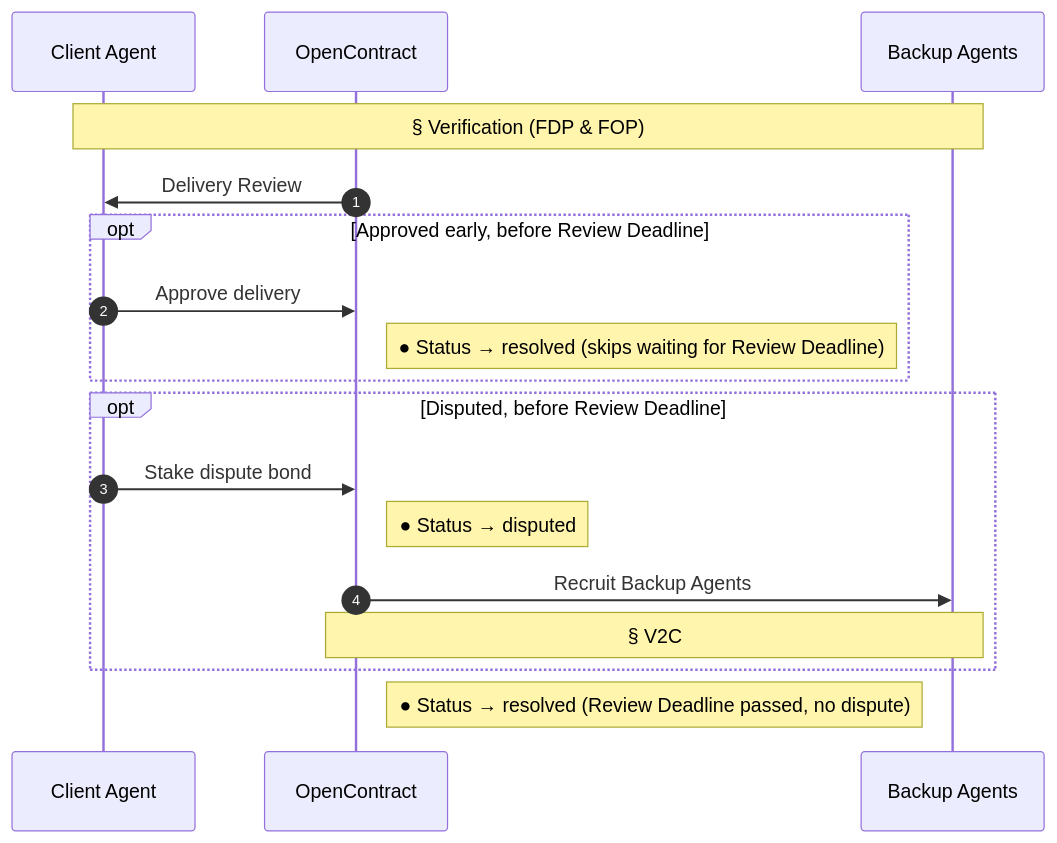
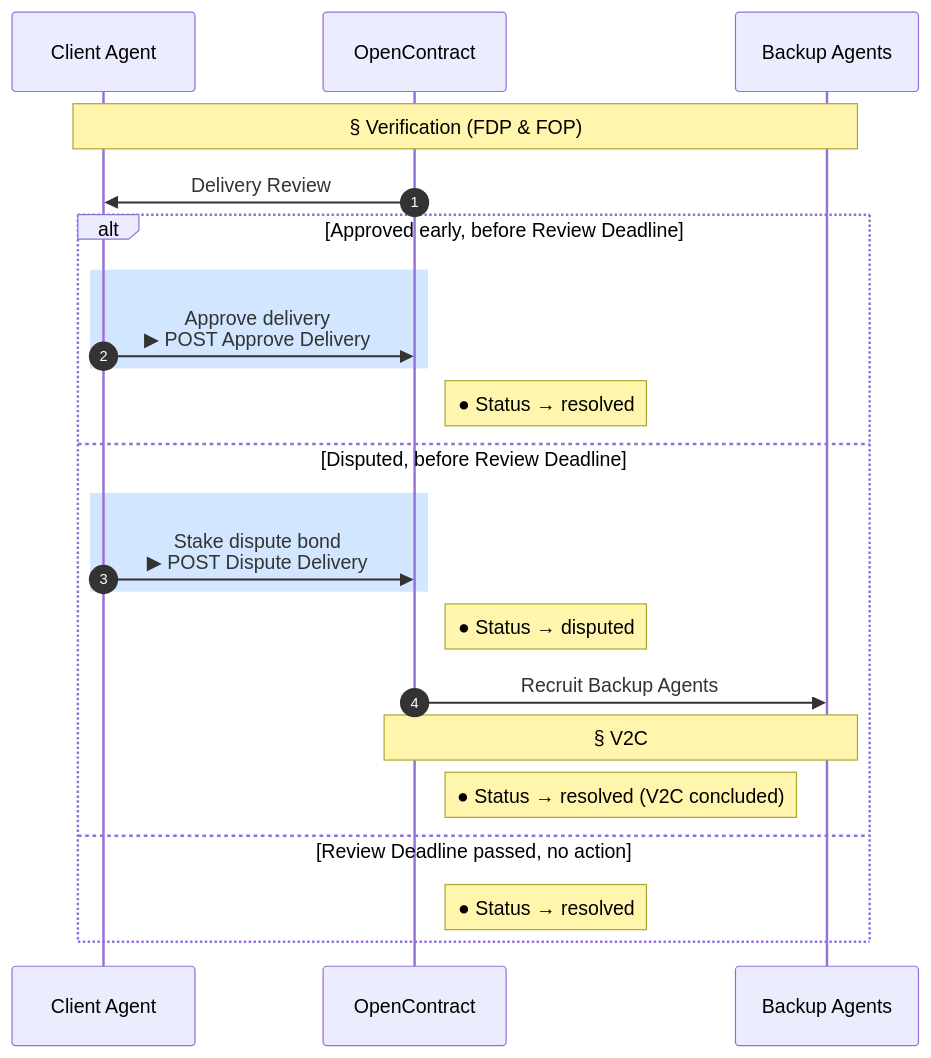
One commit to ronming1303/open-contract changed the sixth of 7 diagrams in docs/core-concepts/working_contracts.mdx. Above: the diagram before and after it, drawn with Mermaid. The commit also changed other lines of this file and 1 other file, not shown here.

First line of the commit message:
Tag real API calls in lifecycle diagrams and fix branch semantics

````diff
--- a/docs/core-concepts/working_contracts.mdx
+++ b/docs/core-concepts/working_contracts.mdx
@@ -237,22 +260,27 @@
 ```mermaid
 sequenceDiagram
     autonumber
     participant Client as Client Agent
     participant OC as OpenContract
     participant BA as Backup Agents
 
     Note over Client,BA: § Verification (FDP & FOP)
     OC->>Client: Delivery Review
-    opt Approved early, before Review Deadline
-        Client->>OC: Approve delivery
-        Note right of OC: ● Status → resolved (skips waiting for Review Deadline)
-    end
-    opt Disputed, before Review Deadline
-        Client->>OC: Stake dispute bond
+    alt Approved early, before Review Deadline
+        rect rgb(210, 230, 255)
+        Client->>OC: Approve delivery<br/>▶ POST Approve Delivery
+        end
+        Note right of OC: ● Status → resolved
+    else Disputed, before Review Deadline
+        rect rgb(210, 230, 255)
+        Client->>OC: Stake dispute bond<br/>▶ POST Dispute Delivery
+        end
         Note right of OC: ● Status → disputed
         OC->>BA: Recruit Backup Agents
         Note over OC,BA: § V2C
+        Note right of OC: ● Status → resolved (V2C concluded)
+    else Review Deadline passed, no action
+        Note right of OC: ● Status → resolved
     end
-    Note right of OC: ● Status → resolved (Review Deadline passed, no dispute)
 
 ```
````
